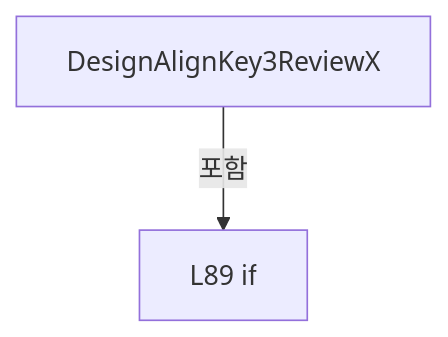
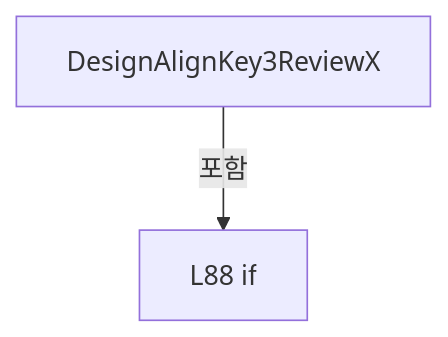
One commit to kjuws10-rgb/Shared changed the sixth of 16 diagrams in A3 LD Code Ref/files/Drilling.Common/Correction/CDefaultOffsetCalibration.cs.md. Above: the diagram before and after it, drawn with Mermaid. The commit also changed other lines of this file and 2071 other files, not shown here.

Commit message:
docs(a3): update 11.19.0 architecture and code reference

````diff
--- a/A3 LD Code Ref/files/Drilling.Common/Correction/CDefaultOffsetCalibration.cs.md
+++ b/A3 LD Code Ref/files/Drilling.Common/Correction/CDefaultOffsetCalibration.cs.md
@@ -620,6 +620,6 @@
 ```mermaid
 flowchart TD
  M["DesignAlignKey3ReviewX"]
- N0["L89 if"]
+ N0["L88 if"]
  M -->|포함| N0
 ```
````
